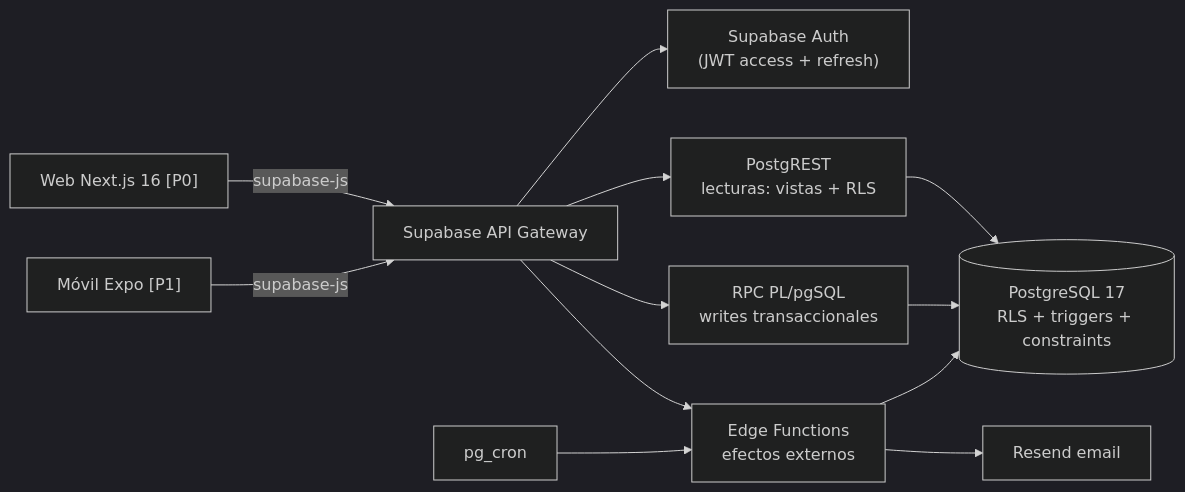
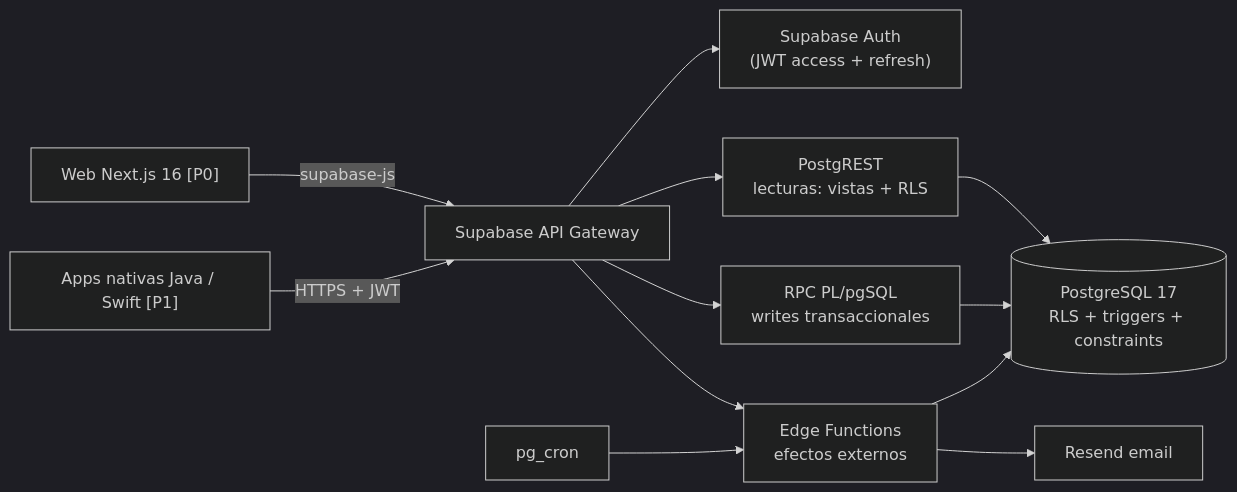
One commit to AlexxSome/asisteam changed the diagram in docs/07-api-y-backend.md. Above: the diagram before and after it, drawn with Mermaid (dark theme). The commit also changed other lines of this file and 6 other files, not shown here.

Commit message:
docs(mobile): replanificar apps nativas Android e iOS

````diff
--- a/docs/07-api-y-backend.md
+++ b/docs/07-api-y-backend.md
@@ -19,14 +19,14 @@
 ```mermaid
 flowchart LR
     W["Web Next.js 16 [P0]"] -->|supabase-js| GW[Supabase API Gateway]
-    M["Móvil Expo [P1]"] -->|supabase-js| GW
+    M["Apps nativas Java / Swift [P1]"] -->|HTTPS + JWT| GW
     GW --> AUTH["Supabase Auth\n(JWT access + refresh)"]
     GW --> PGRST["PostgREST\nlecturas: vistas + RLS"]
     GW --> RPC["RPC PL/pgSQL\nwrites transaccionales"]
     GW --> EF["Edge Functions\nefectos externos"]
     PGRST --> DB[(PostgreSQL 17\nRLS + triggers + constraints)]
     RPC --> DB
     EF --> DB
     EF --> RESEND[Resend email]
     CRON[pg_cron] --> EF
 ```
````
